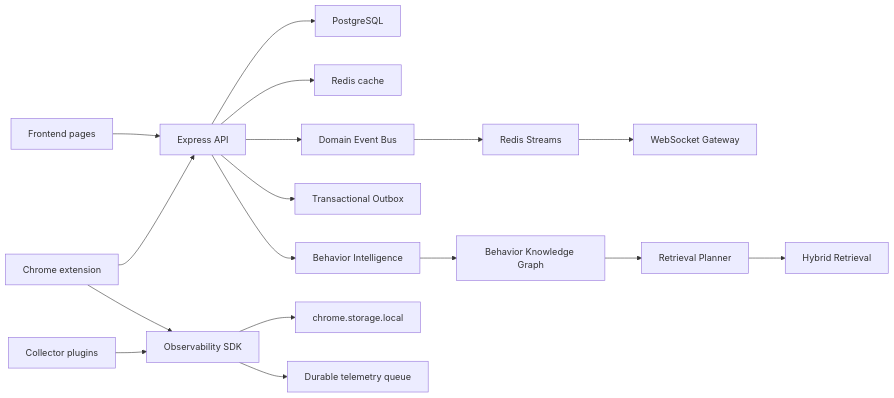
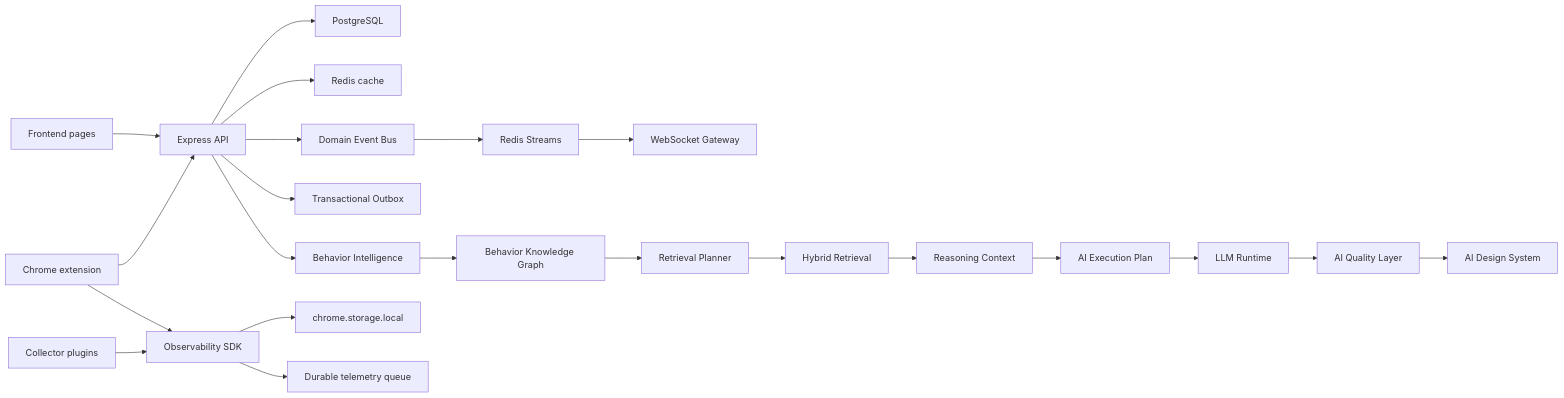
Before and after one commit to Absosh/CPInsight: the diagram in docs/README.md, drawn with Mermaid. The commit also changed other lines of this file and 154 other files, not shown here.

Commit message:
feat(ai): add runtime quality layer and design system

````diff
--- a/docs/README.md
+++ b/docs/README.md
@@ -70,19 +76,24 @@
 ```mermaid
 flowchart LR
   Browser["Frontend pages"] --> API["Express API"]
   API --> PG["PostgreSQL"]
   API --> Redis["Redis cache"]
   API --> DomainBus["Domain Event Bus"]
   API --> Outbox["Transactional Outbox"]
   DomainBus --> RedisStreams["Redis Streams"]
   RedisStreams --> Realtime["WebSocket Gateway"]
   API --> Behavior["Behavior Intelligence"]
   Behavior --> Knowledge["Behavior Knowledge Graph"]
   Knowledge --> Planner["Retrieval Planner"]
   Planner --> Retrieval["Hybrid Retrieval"]
+  Retrieval --> Reasoning["Reasoning Context"]
+  Reasoning --> TaskPlan["AI Execution Plan"]
+  TaskPlan --> Runtime["LLM Runtime"]
+  Runtime --> Quality["AI Quality Layer"]
+  Quality --> DesignSystem["AI Design System"]
   Extension["Chrome extension"] --> API
   Extension --> SDK["Observability SDK"]
   SDK --> Store["chrome.storage.local"]
   SDK --> Queue["Durable telemetry queue"]
   Collectors["Collector plugins"] --> SDK
 ```
````
